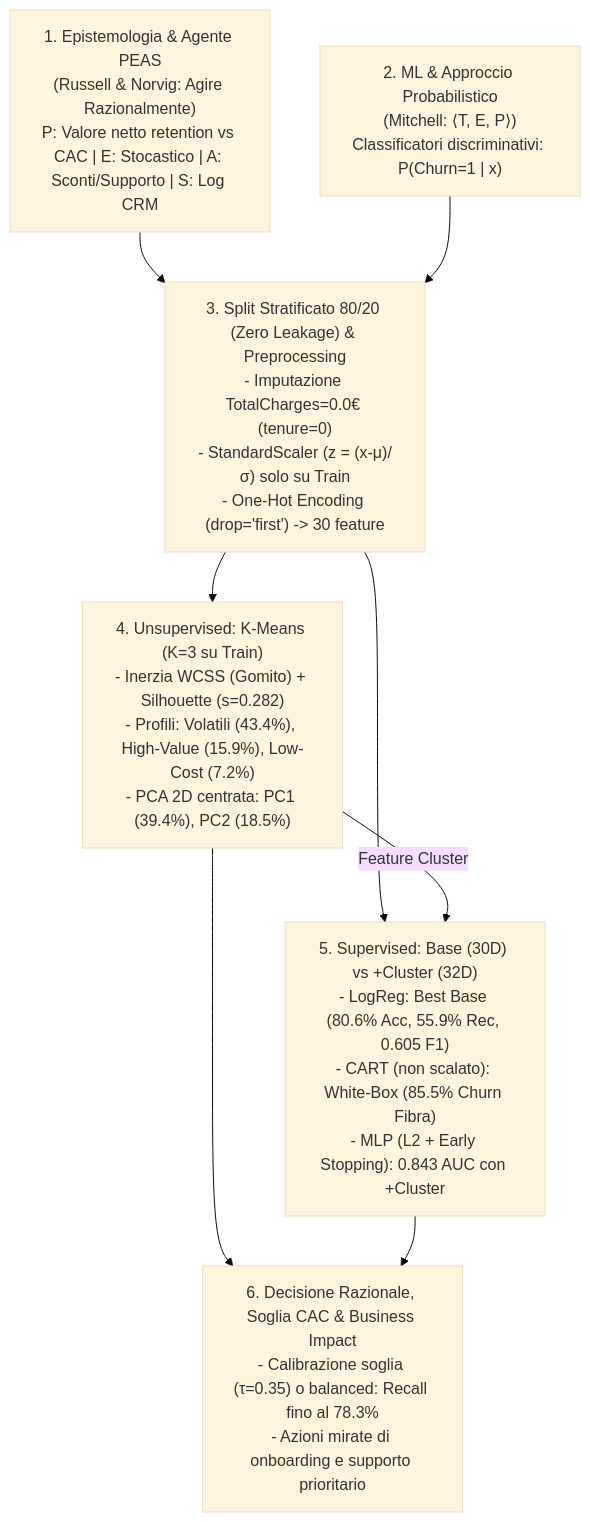
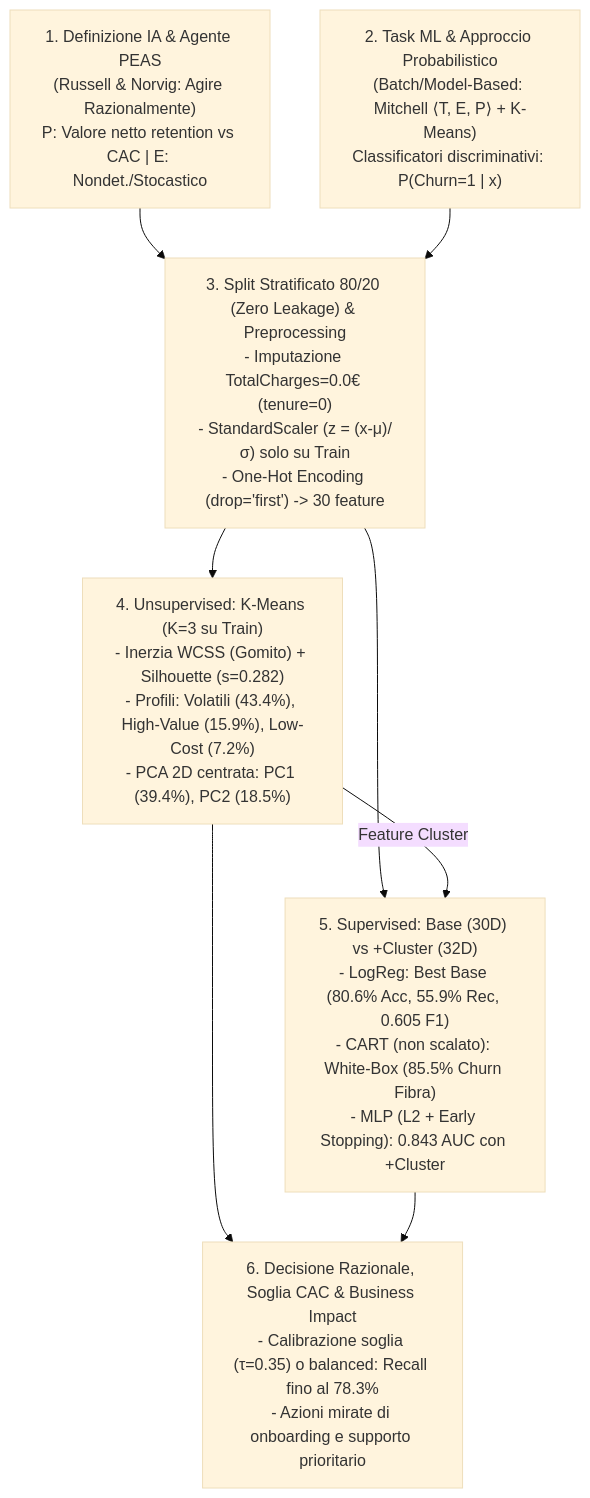
Before and after one commit to Mantineo-Massimo/IA: the diagram in guida_esposizione_orale.md, drawn with Mermaid (base theme). The commit also changed other lines of this file and 6 other files, not shown here.

````diff
--- a/guida_esposizione_orale.md
+++ b/guida_esposizione_orale.md
@@ -11,12 +11,12 @@
 ```mermaid
 graph TD
-    A["1. Epistemologia & Agente PEAS<br/>(Russell & Norvig: Agire Razionalmente)<br/>P: Valore netto retention vs CAC | E: Stocastico | A: Sconti/Supporto | S: Log CRM"] --> C["3. Split Stratificato 80/20 (Zero Leakage) & Preprocessing<br/>- Imputazione TotalCharges=0.0€ (tenure=0)<br/>- StandardScaler (z = (x-μ)/σ) solo su Train<br/>- One-Hot Encoding (drop='first') -> 30 feature"]
-    B["2. ML & Approccio Probabilistico<br/>(Mitchell: ⟨T, E, P⟩)<br/>Classificatori discriminativi: P(Churn=1 | x)"] --> C
+    A["1. Definizione IA & Agente PEAS<br/>(Russell & Norvig: Agire Razionalmente)<br/>P: Valore netto retention vs CAC | E: Nondet./Stocastico"] --> C["3. Split Stratificato 80/20 (Zero Leakage) & Preprocessing<br/>- Imputazione TotalCharges=0.0€ (tenure=0)<br/>- StandardScaler (z = (x-μ)/σ) solo su Train<br/>- One-Hot Encoding (drop='first') -> 30 feature"]
+    B["2. Task ML & Approccio Probabilistico<br/>(Batch/Model-Based: Mitchell ⟨T, E, P⟩ + K-Means)<br/>Classificatori discriminativi: P(Churn=1 | x)"] --> C
 
     C --> D["4. Unsupervised: K-Means (K=3 su Train)<br/>- Inerzia WCSS (Gomito) + Silhouette (s=0.282)<br/>- Profili: Volatili (43.4%), High-Value (15.9%), Low-Cost (7.2%)<br/>- PCA 2D centrata: PC1 (39.4%), PC2 (18.5%)"]
     C --> E["5. Supervised: Base (30D) vs +Cluster (32D)<br/>- LogReg: Best Base (80.6% Acc, 55.9% Rec, 0.605 F1)<br/>- CART (non scalato): White-Box (85.5% Churn Fibra)<br/>- MLP (L2 + Early Stopping): 0.843 AUC con +Cluster"]
 
     D -- "Feature Cluster" --> E
     D --> F["6. Decisione Razionale, Soglia CAC & Business Impact<br/>- Calibrazione soglia (τ=0.35) o balanced: Recall fino al 78.3%<br/>- Azioni mirate di onboarding e supporto prioritario"]
     E --> F
 ```
````
